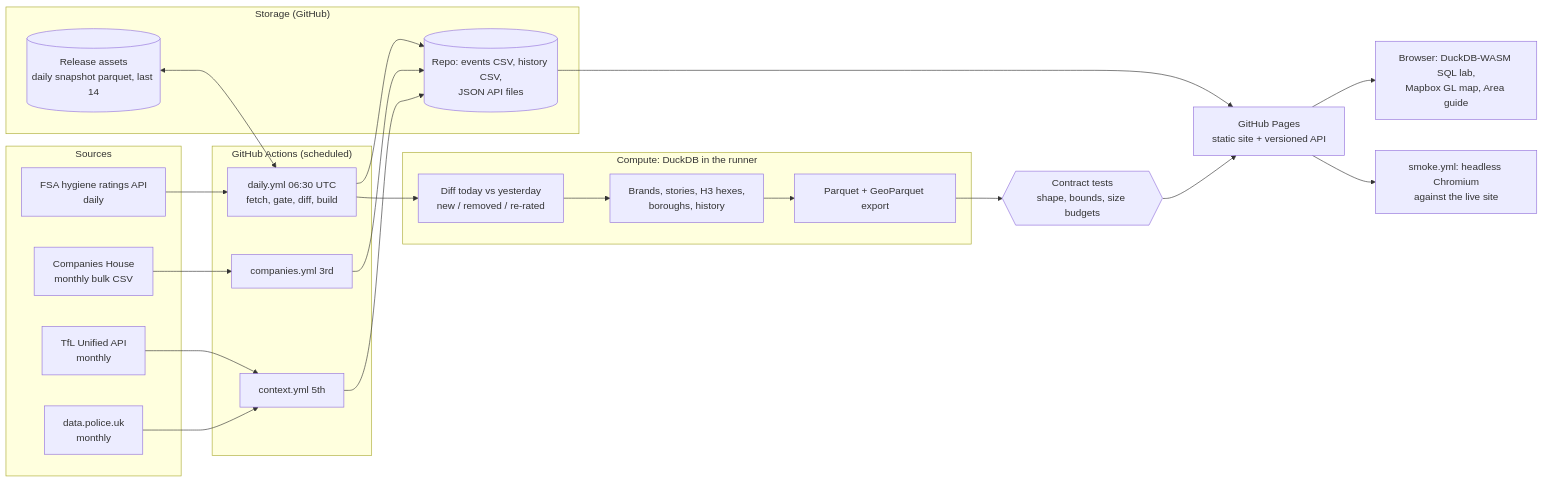
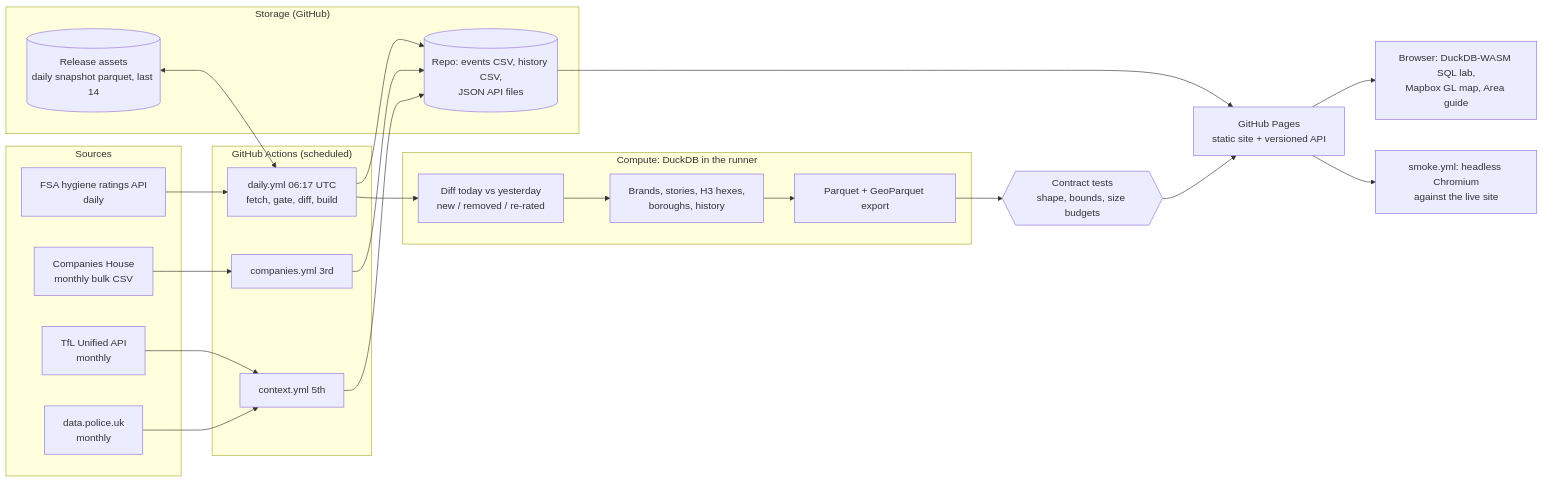
One commit to cloudcruncher/london-pulse changed the diagram in docs/ARCHITECTURE.md. Above: the diagram before and after it, drawn with Mermaid. The commit also changed other lines of this file and 15 other files, not shown here.

````diff
--- a/docs/ARCHITECTURE.md
+++ b/docs/ARCHITECTURE.md
@@ -9,45 +9,45 @@
 ```mermaid
 flowchart LR
   subgraph Sources
     FSA[FSA hygiene ratings API<br/>daily]
     CH[Companies House<br/>monthly bulk CSV]
     TFL[TfL Unified API<br/>monthly]
     POL[data.police.uk<br/>monthly]
   end
 
   subgraph "GitHub Actions (scheduled)"
-    D[daily.yml 06:30 UTC<br/>fetch, gate, diff, build]
+    D[daily.yml 06:17 UTC<br/>fetch, gate, diff, build]
     C[companies.yml 3rd]
     X[context.yml 5th]
   end
 
   subgraph "Storage (GitHub)"
     SNAP[(Release assets<br/>daily snapshot parquet, last 14)]
     REPO[(Repo: events CSV, history CSV,<br/>JSON API files)]
   end
 
   subgraph "Compute: DuckDB in the runner"
     DIFF[Diff today vs yesterday<br/>new / removed / re-rated]
     MODEL[Brands, stories, H3 hexes,<br/>boroughs, history]
     PQ[Parquet + GeoParquet export]
   end
 
   GATE{{Contract tests<br/>shape, bounds, size budgets}}
   PAGES[GitHub Pages<br/>static site + versioned API]
   SMOKE[smoke.yml: headless Chromium<br/>against the live site]
   BROWSER[Browser: DuckDB-WASM SQL lab,<br/>Mapbox GL map, Area guide]
 
   FSA --> D
   CH --> C
   TFL --> X
   POL --> X
   D --> DIFF --> MODEL --> PQ
   SNAP <--> D
   D --> REPO
   C --> REPO
   X --> REPO
   PQ --> GATE --> PAGES
   REPO --> PAGES
   PAGES --> SMOKE
   PAGES --> BROWSER
 ```
````
